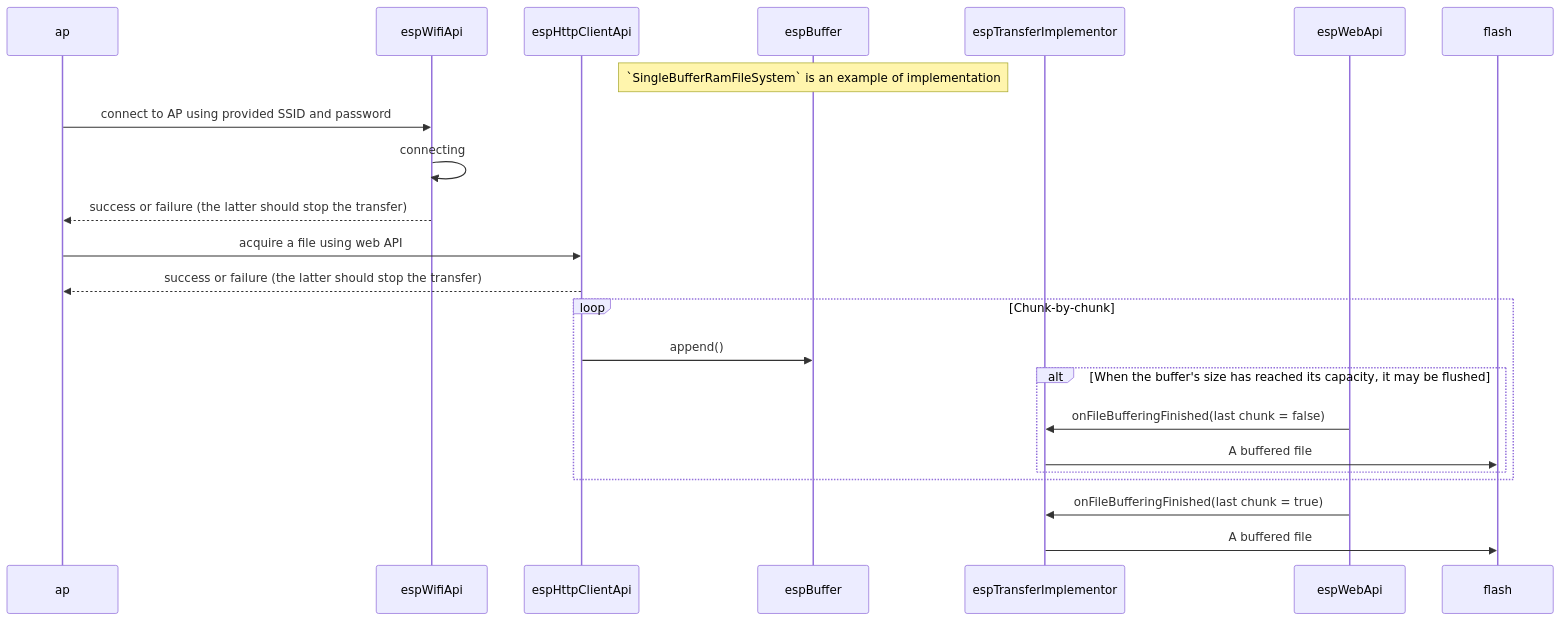
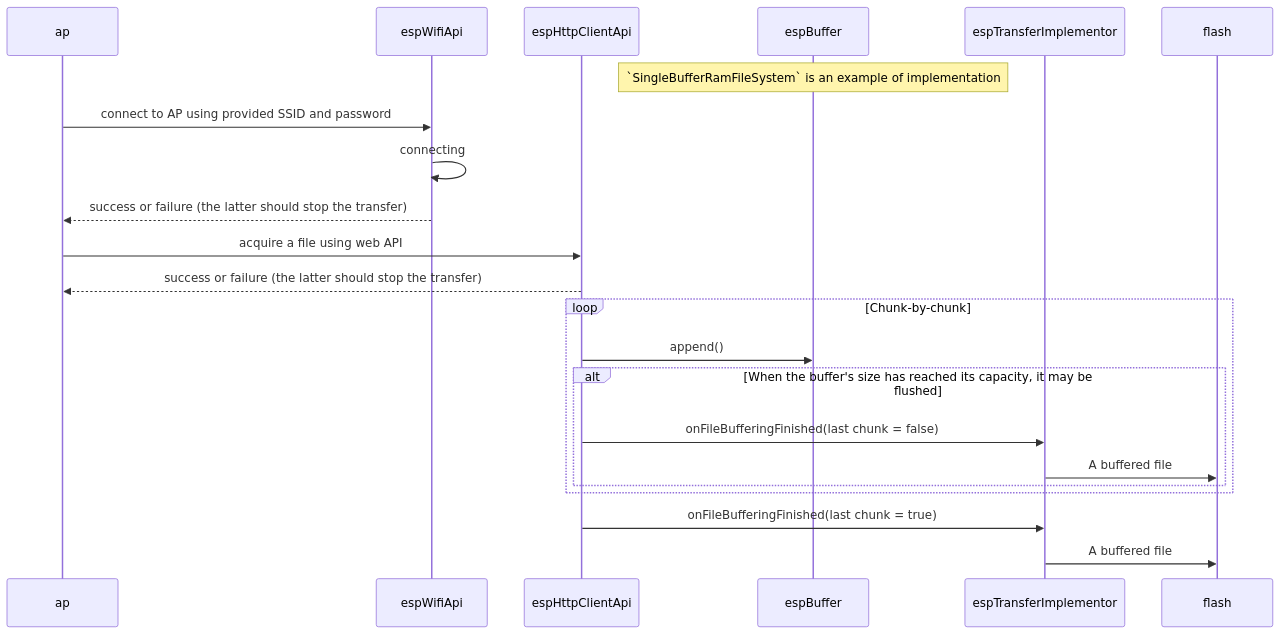
One commit to geoscan/Esp32Cam changed the third of 3 diagrams in components/buffered_file_transfer/README.md. Above: the diagram before and after it, drawn with Mermaid.

Commit message:
[buffered_file_transfer:README] Ref | An error in commuincation sequence

````diff
--- a/components/buffered_file_transfer/README.md
+++ b/components/buffered_file_transfer/README.md
@@ -92,29 +92,29 @@
 ```mermaid
 sequenceDiagram
     participant ap
     participant espWifiApi
     participant espHttpClientApi
     participant espBuffer
     participant espTransferImplementor
 
     note over espBuffer: `SingleBufferRamFileSystem` is an example of implementation
 
     ap->>espWifiApi: connect to AP using provided SSID and password
     espWifiApi->>espWifiApi: connecting
     espWifiApi-->>ap: success or failure (the latter should stop the transfer)
     ap->>espHttpClientApi: acquire a file using web API
     espHttpClientApi-->>ap: success or failure (the latter should stop the transfer)
 
     loop Chunk-by-chunk
         espHttpClientApi->>espBuffer: append()
 
         alt When the buffer's size has reached its capacity, it may be flushed
-                espWebApi->>espTransferImplementor: onFileBufferingFinished(last chunk = false)
+                espHttpClientApi->>espTransferImplementor: onFileBufferingFinished(last chunk = false)
                 espTransferImplementor->>flash: A buffered file
         end
 
     end
 
-    espWebApi->>espTransferImplementor: onFileBufferingFinished(last chunk = true)
+    espHttpClientApi->>espTransferImplementor: onFileBufferingFinished(last chunk = true)
     espTransferImplementor->>flash: A buffered file
 ```
````
